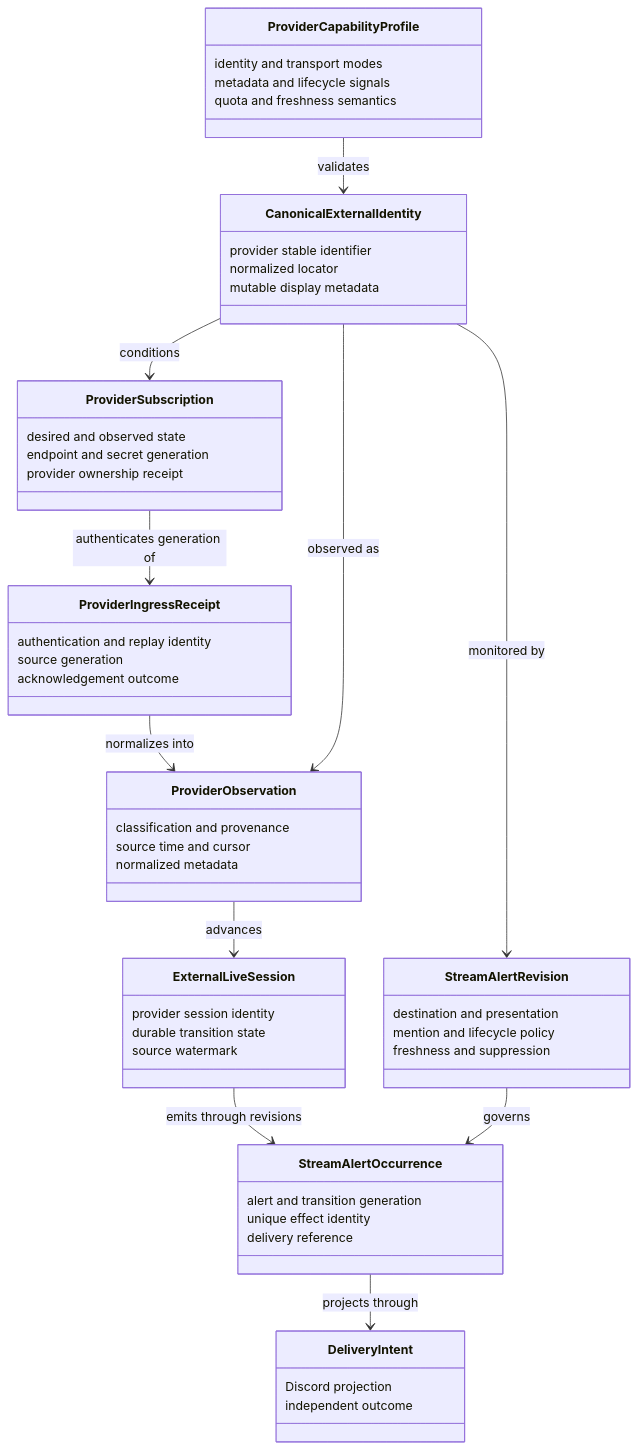
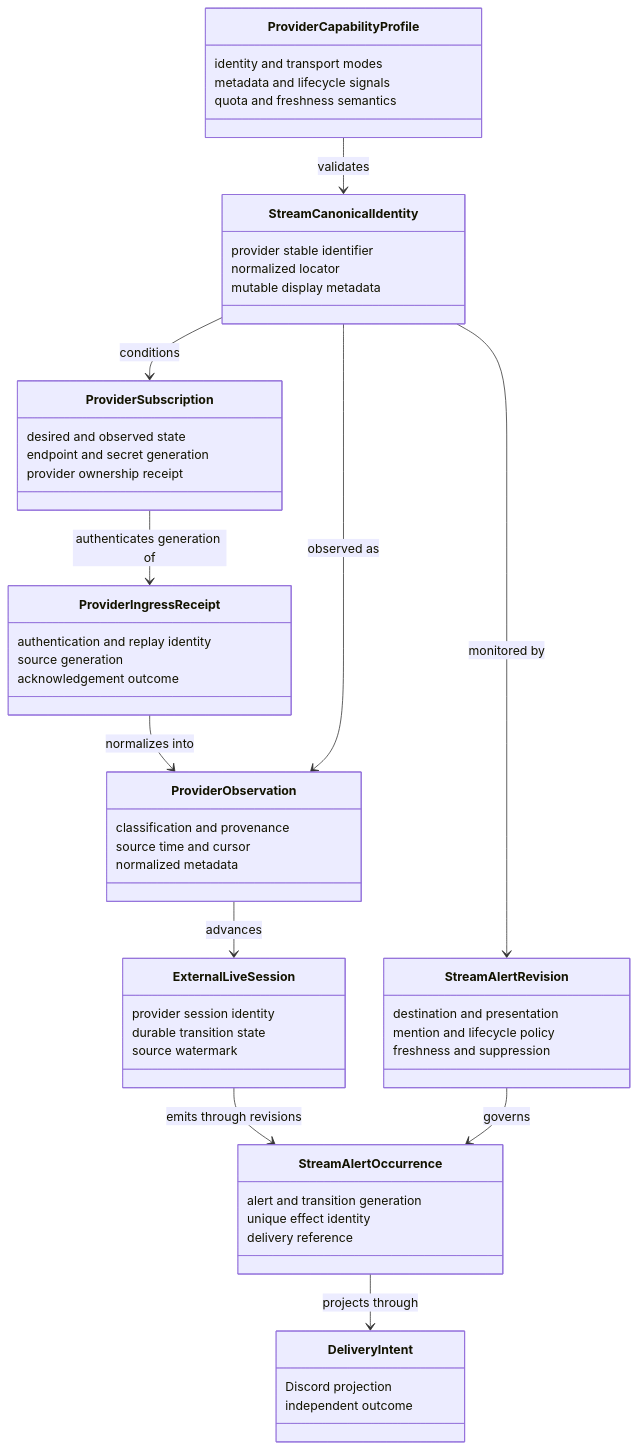
One commit to obsidia-systems/Discord-Bot-Open-Source changed the eighth of 10 diagrams in docs/architecture/06-domain-relationships.md. Above: the diagram before and after it, drawn with Mermaid. The commit also changed other lines of this file and 27 other files, not shown here.

First line of the commit message:
feat(architecture): add comprehensive architecture review documentation

````diff
--- a/docs/architecture/06-domain-relationships.md
+++ b/docs/architecture/06-domain-relationships.md
@@ -548,66 +559,66 @@
 ```mermaid
 classDiagram
     class ProviderCapabilityProfile {
         identity and transport modes
         metadata and lifecycle signals
         quota and freshness semantics
     }
 
-    class CanonicalExternalIdentity {
+    class StreamCanonicalIdentity {
         provider stable identifier
         normalized locator
         mutable display metadata
     }
 
     class StreamAlertRevision {
         destination and presentation
         mention and lifecycle policy
         freshness and suppression
     }
 
     class ProviderSubscription {
         desired and observed state
         endpoint and secret generation
         provider ownership receipt
     }
 
     class ProviderIngressReceipt {
         authentication and replay identity
         source generation
         acknowledgement outcome
     }
 
     class ProviderObservation {
         classification and provenance
         source time and cursor
         normalized metadata
     }
 
     class ExternalLiveSession {
         provider session identity
         durable transition state
         source watermark
     }
 
     class StreamAlertOccurrence {
         alert and transition generation
         unique effect identity
         delivery reference
     }
 
     class DeliveryIntent {
         Discord projection
         independent outcome
     }
 
-    ProviderCapabilityProfile --> CanonicalExternalIdentity : validates
-    CanonicalExternalIdentity --> StreamAlertRevision : monitored by
-    CanonicalExternalIdentity --> ProviderSubscription : conditions
+    ProviderCapabilityProfile --> StreamCanonicalIdentity : validates
+    StreamCanonicalIdentity --> StreamAlertRevision : monitored by
+    StreamCanonicalIdentity --> ProviderSubscription : conditions
     ProviderSubscription --> ProviderIngressReceipt : authenticates generation of
     ProviderIngressReceipt --> ProviderObservation : normalizes into
-    CanonicalExternalIdentity --> ProviderObservation : observed as
+    StreamCanonicalIdentity --> ProviderObservation : observed as
     ProviderObservation --> ExternalLiveSession : advances
     ExternalLiveSession --> StreamAlertOccurrence : emits through revisions
     StreamAlertRevision --> StreamAlertOccurrence : governs
     StreamAlertOccurrence --> DeliveryIntent : projects through
 ```
````
